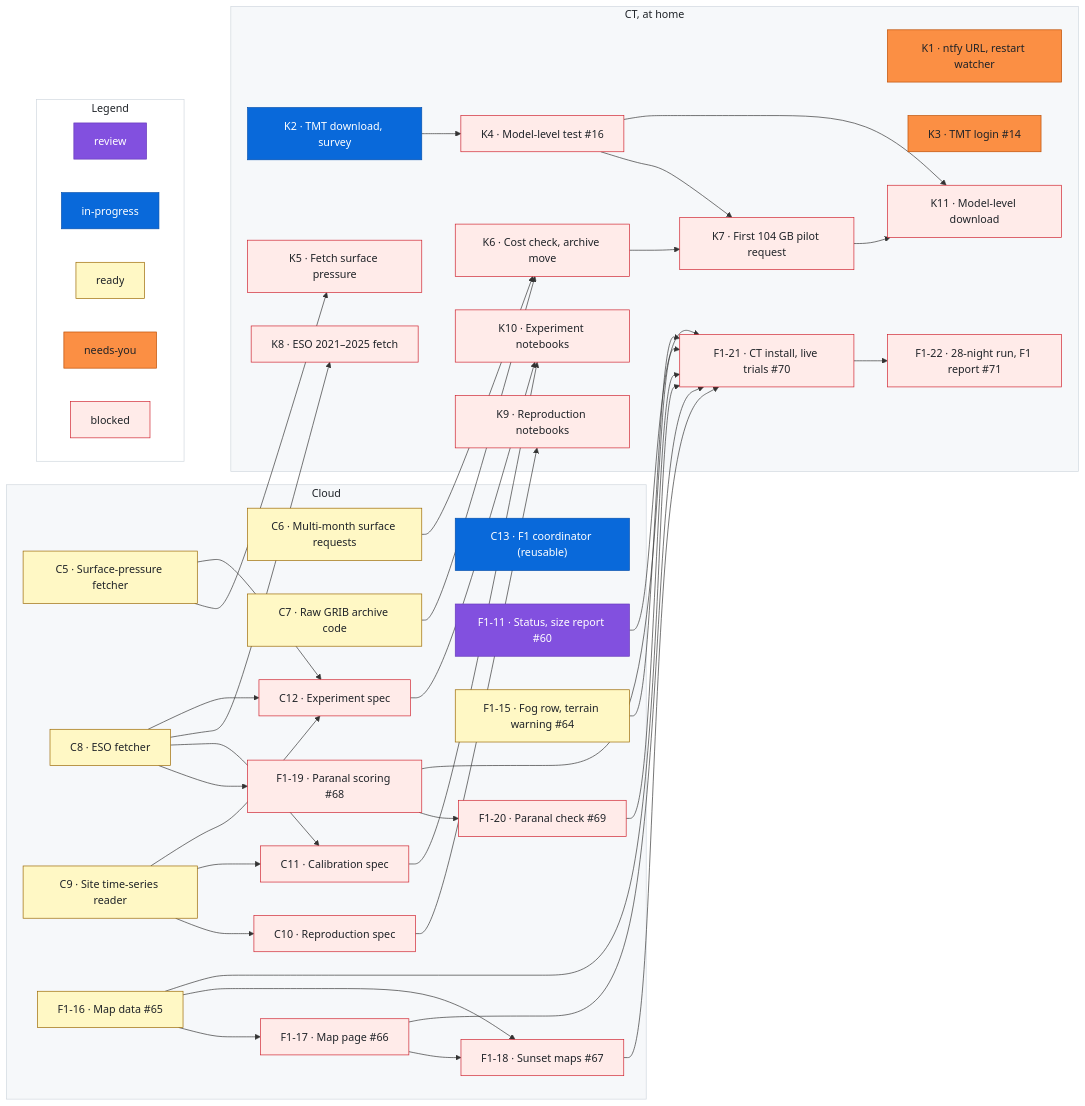
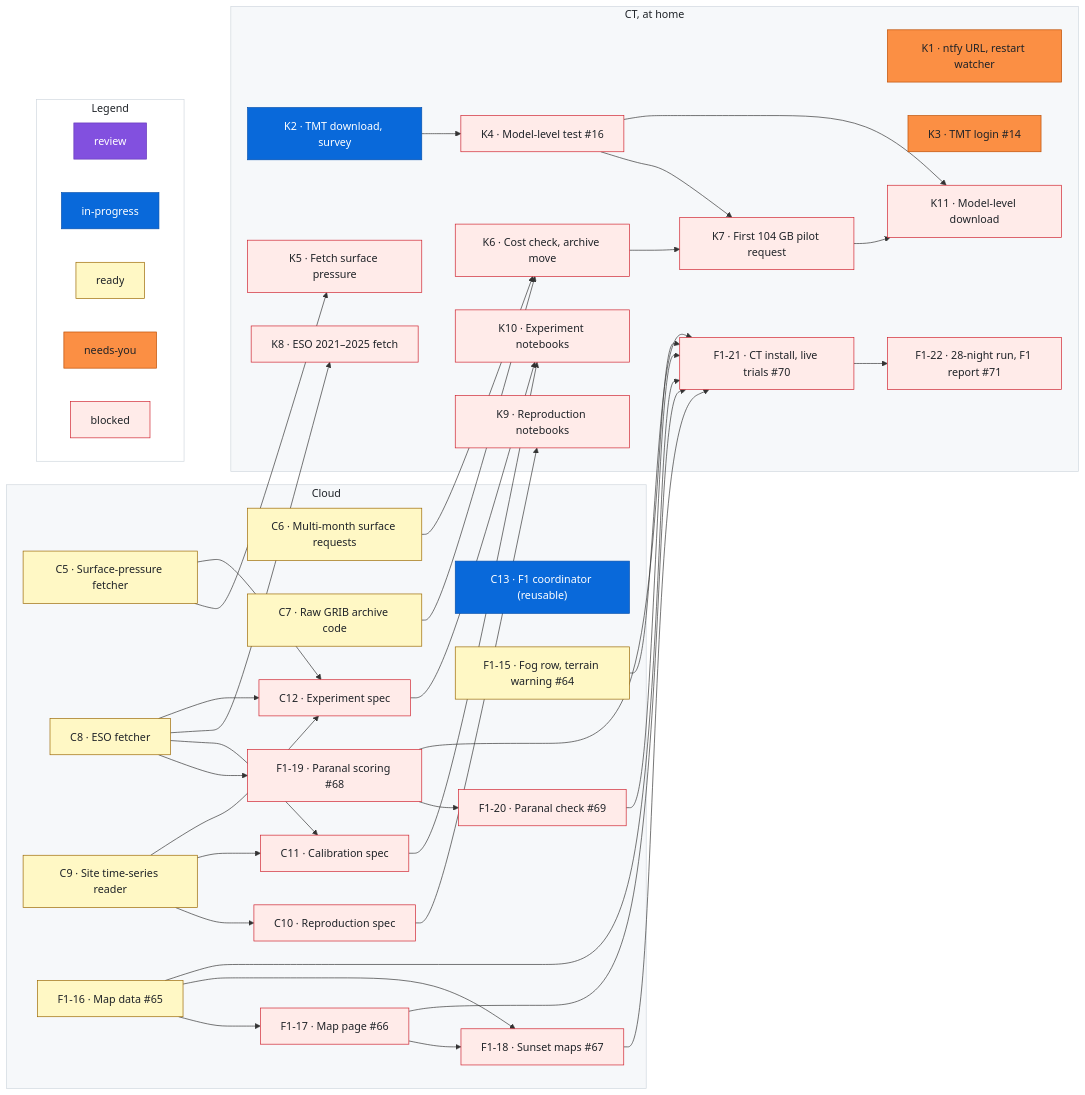
Before and after one commit to rrweller/Astro-seeing: the diagram in docs/roadmap.md, drawn with Mermaid. The commit also changed other lines of this file, not shown here.

Commit message:
roadmap: remove F1-11 (#89 merged)

```diff
--- a/docs/roadmap.md
+++ b/docs/roadmap.md
@@ -92,7 +90,6 @@
     C11["C11 · Calibration spec"]
     C12["C12 · Experiment spec"]
     C13["C13 · F1 coordinator (reusable)"]
-    F1_11["F1-11 · Status, size report #60"]
     F1_15["F1-15 · Fog row, terrain warning #64"]
     F1_16["F1-16 · Map data #65"]
     F1_17["F1-17 · Map page #66"]
@@ -120,7 +117,6 @@
   F1_17 --> F1_18
   C8 --> F1_19
   F1_19 --> F1_20
-  F1_11 --> F1_21
   F1_15 --> F1_21
   F1_16 --> F1_21
   F1_17 --> F1_21
@@ -179,8 +175,6 @@
   %% ---
   class C13 inprogress
   %% ---
-  class F1_11 review
-  %% ---
   class F1_15 ready
   %% ---
   class F1_16 ready
```
